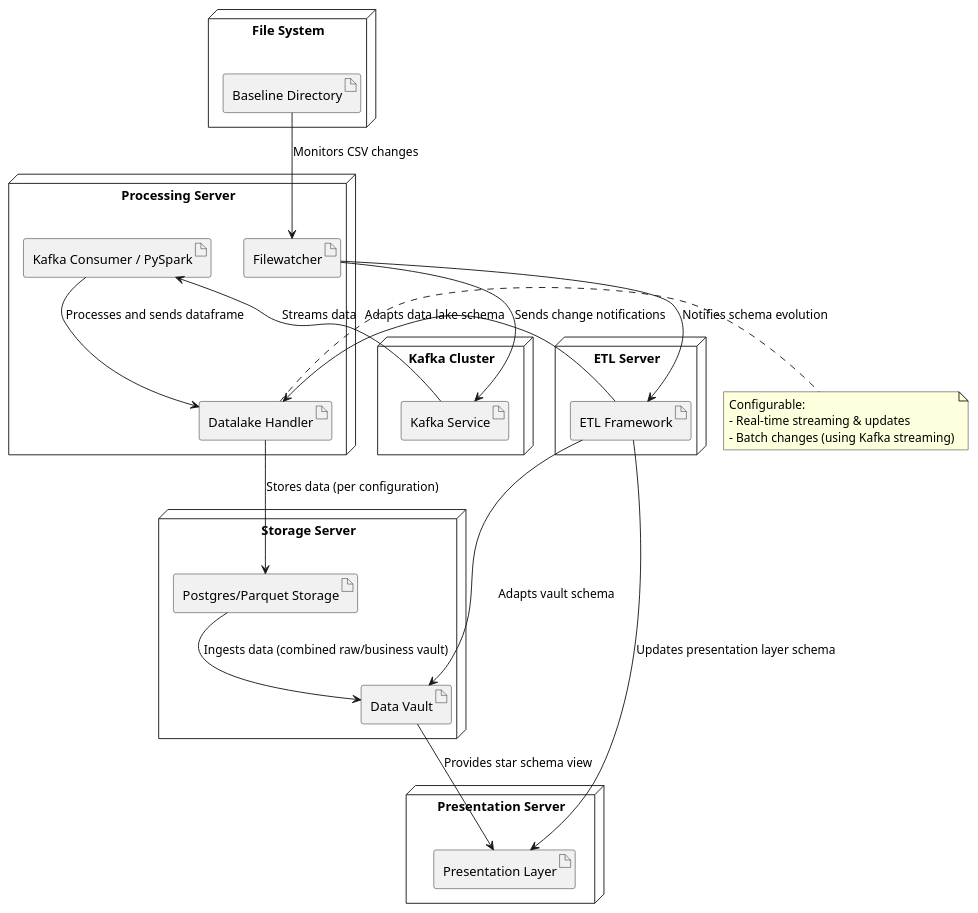
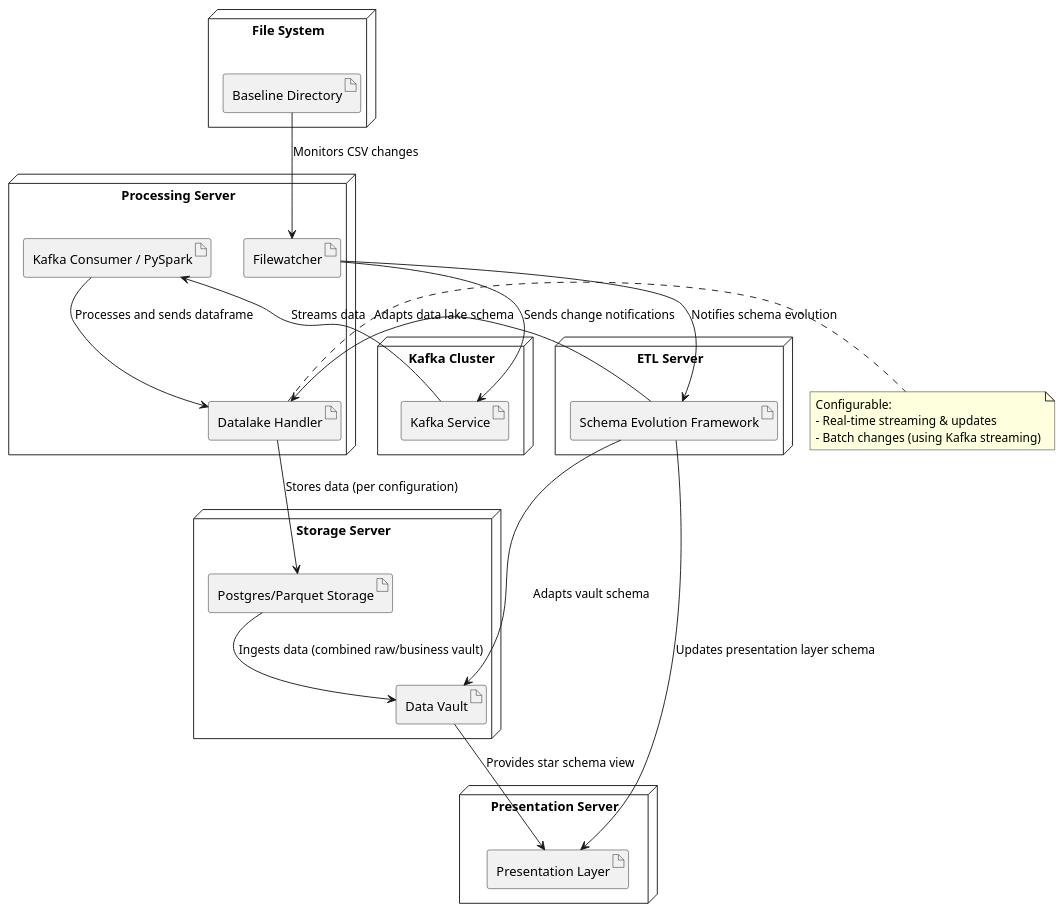
The diagram in Architecture/automation-framework/deployment.puml (Automated-Datavault-Schema-Evolution/DataLake), drawn with PlantUML before and after one commit. The commit also changed 16 other files, not shown here.

Commit message:
diagrams

```diff
--- a/Architecture/automation-framework/deployment.puml
+++ b/Architecture/automation-framework/deployment.puml
@@ -1,44 +1,44 @@
 @startuml
 node "File System" {
   artifact "Baseline Directory" as baseline
 }
 node "Processing Server" {
   artifact "Filewatcher" as filewatcher
   artifact "Kafka Consumer / PySpark" as consumer
   artifact "Datalake Handler" as datalake
 }
 node "Kafka Cluster" {
   artifact "Kafka Service" as kafka
 }
 node "Storage Server" {
   artifact "Postgres/Parquet Storage" as storage
   artifact "Data Vault" as dataVault
 }
 node "Presentation Server" {
   artifact "Presentation Layer" as presentation
 }
 node "ETL Server" {
-  artifact "ETL Framework" as etlFramework
+  artifact "Schema Evolution Framework" as SchemaEvolutionFramework
 }
 
 baseline --> filewatcher : Monitors CSV changes
 filewatcher --> kafka : Sends change notifications
 kafka --> consumer : Streams data
 consumer --> datalake : Processes and sends dataframe
 
 note right of datalake
   Configurable:
   - Real-time streaming & updates
   - Batch changes (using Kafka streaming)
 end note
 
 datalake --> storage : Stores data (per configuration)
 storage --> dataVault : Ingests data (combined raw/business vault)
 dataVault --> presentation : Provides star schema view
 
-' ETL Framework integration in deployment
-filewatcher --> etlFramework : Notifies schema evolution
-etlFramework --> datalake : Adapts data lake schema
-etlFramework --> dataVault : Adapts vault schema
-etlFramework --> presentation : Updates presentation layer schema
+' Schema Evolution Framework integration in deployment
+filewatcher --> SchemaEvolutionFramework : Notifies schema evolution
+SchemaEvolutionFramework --> datalake : Adapts data lake schema
+SchemaEvolutionFramework --> dataVault : Adapts vault schema
+SchemaEvolutionFramework --> presentation : Updates presentation layer schema
 @enduml
```
